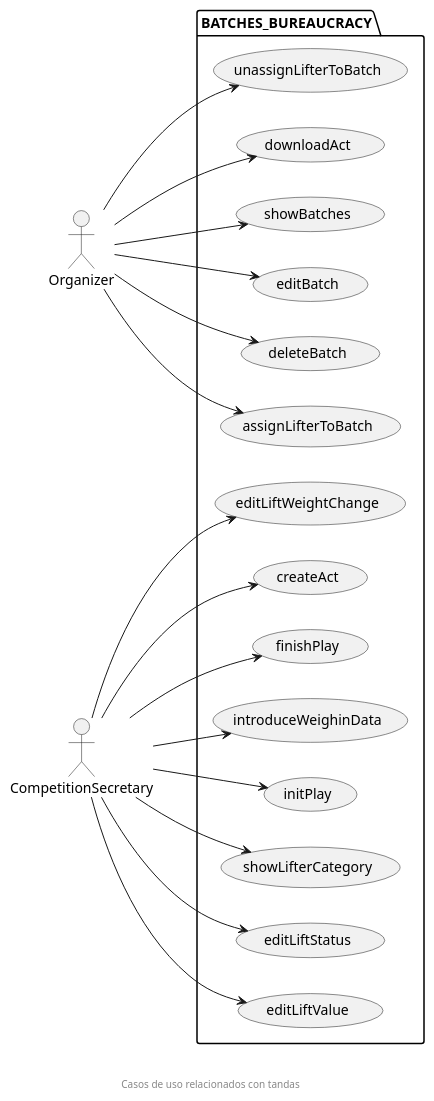
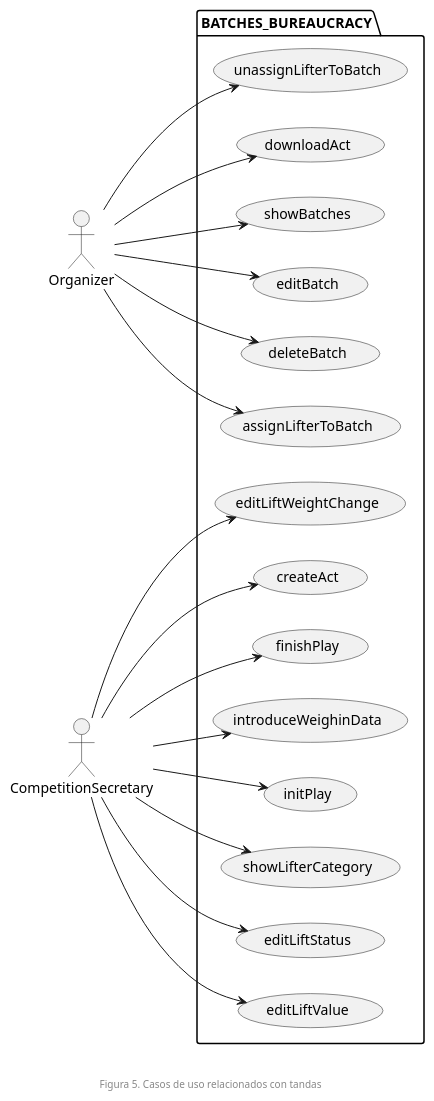
Before and after one commit to zuldare/mastercloud_pfm_halterocms: the diagram in diagrams/usecases/batchesBureaucrazy.puml, drawn with PlantUML. The commit also changed 12 other files, not shown here.

```diff
--- a/diagrams/usecases/batchesBureaucrazy.puml
+++ b/diagrams/usecases/batchesBureaucrazy.puml
@@ -1,42 +1,42 @@
 @startuml
 left to right direction
 package BATCHES_BUREAUCRACY {
   usecase showBatches
   usecase editBatch
 
   usecase deleteBatch
   usecase assignLifterToBatch
   usecase unassignLifterToBatch
 
   usecase showLifterCategory
   usecase editLiftStatus
   usecase editLiftValue
 
   usecase editLiftWeightChange
   usecase createAct
   usecase downloadAct
   usecase introduceWeighinData
 
   usecase initPlay
   usecase finishPlay
 }
 
 Organizer --> showBatches
 Organizer --> editBatch
 Organizer --> assignLifterToBatch
 Organizer --> unassignLifterToBatch
 Organizer --> deleteBatch
 Organizer --> downloadAct
 
 CompetitionSecretary --> introduceWeighinData
 CompetitionSecretary --> editLiftStatus
 CompetitionSecretary --> editLiftValue
 CompetitionSecretary --> createAct
 CompetitionSecretary --> editLiftWeightChange
 CompetitionSecretary --> showLifterCategory
 CompetitionSecretary --> initPlay
 CompetitionSecretary --> finishPlay
 
-footer \n\nCasos de uso relacionados con tandas
+footer \n\nFigura 5. Casos de uso relacionados con tandas
 
 @enduml
```
